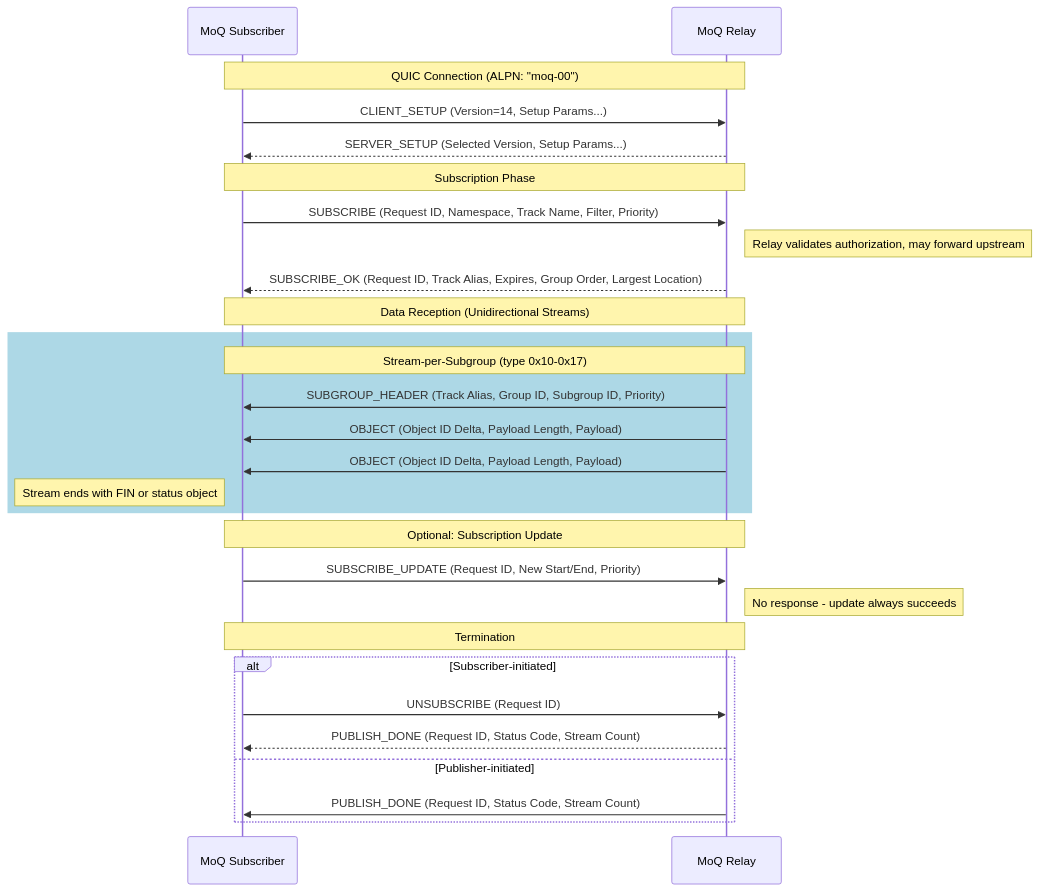
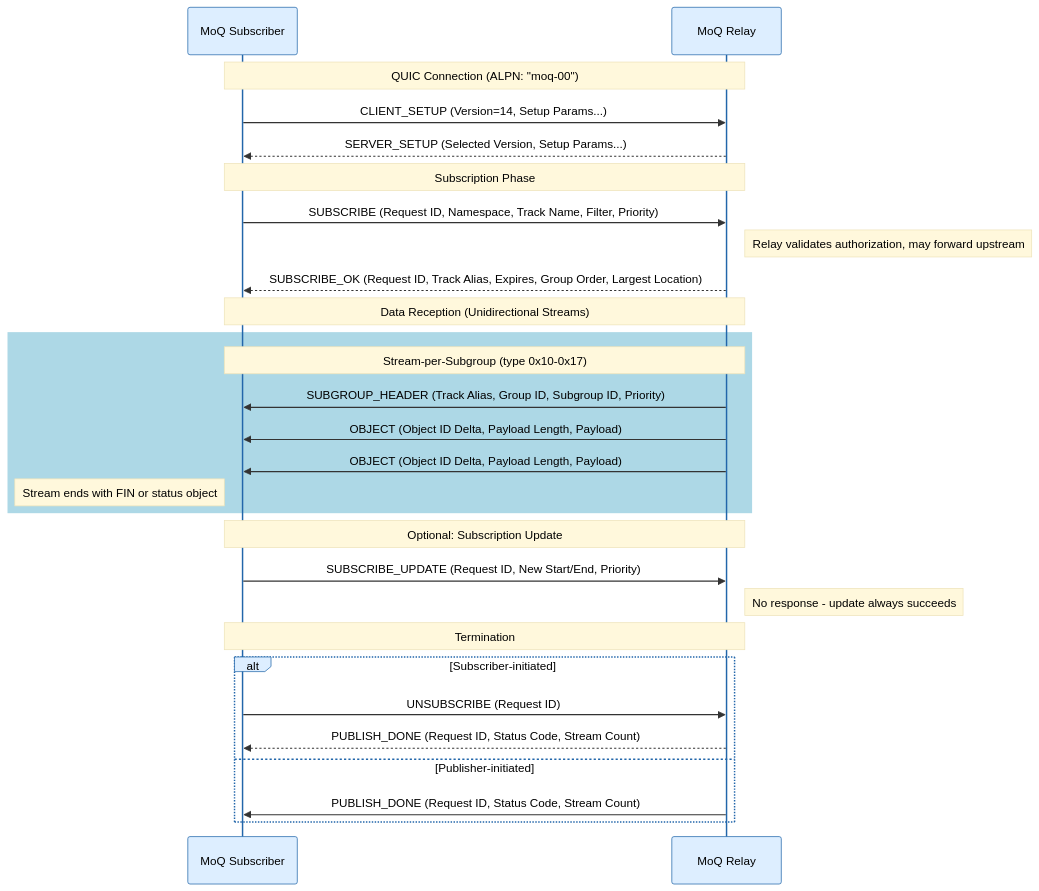
Before and after one commit to mondain/moq-flutter: the diagram in docs/SubscribeSequence.md, drawn with Mermaid. The commit also changed 1 other file, not shown here.

Commit message:
Add mermaid theme config for high contrast sequence diagrams
Set explicit dark text colors on light backgrounds for all diagram
elements including actors, notes, signals, and lines.

````diff
--- a/docs/SubscribeSequence.md
+++ b/docs/SubscribeSequence.md
@@ -5,35 +5,36 @@
 ```mermaid
+%%{init: {'theme': 'base', 'themeVariables': { 'primaryColor': '#e8f4fc', 'primaryTextColor': '#000000', 'primaryBorderColor': '#2266aa', 'lineColor': '#333333', 'secondaryColor': '#f0f0f0', 'tertiaryColor': '#ffffff', 'noteBkgColor': '#fff8dc', 'noteTextColor': '#000000', 'actorTextColor': '#000000', 'actorBkg': '#ddeeff', 'actorBorder': '#2266aa', 'signalColor': '#333333', 'signalTextColor': '#000000'}}}%%
 sequenceDiagram
     participant Sub as MoQ Subscriber
     participant Relay as MoQ Relay
 
     Note over Sub, Relay: QUIC Connection (ALPN: "moq-00")
     Sub->>Relay: CLIENT_SETUP (Version=14, Setup Params...)
     Relay-->>Sub: SERVER_SETUP (Selected Version, Setup Params...)
 
     Note over Sub, Relay: Subscription Phase
     Sub->>Relay: SUBSCRIBE (Request ID, Namespace, Track Name, Filter, Priority)
     Note right of Relay: Relay validates authorization, may forward upstream
     Relay-->>Sub: SUBSCRIBE_OK (Request ID, Track Alias, Expires, Group Order, Largest Location)
 
     Note over Sub, Relay: Data Reception (Unidirectional Streams)
     rect rgb(173, 216, 230)
     Note over Sub, Relay: Stream-per-Subgroup (type 0x10-0x17)
     Relay->>Sub: SUBGROUP_HEADER (Track Alias, Group ID, Subgroup ID, Priority)
     Relay->>Sub: OBJECT (Object ID Delta, Payload Length, Payload)
     Relay->>Sub: OBJECT (Object ID Delta, Payload Length, Payload)
     Note left of Sub: Stream ends with FIN or status object
     end
 
     Note over Sub, Relay: Optional: Subscription Update
     Sub->>Relay: SUBSCRIBE_UPDATE (Request ID, New Start/End, Priority)
     Note right of Relay: No response - update always succeeds
 
     Note over Sub, Relay: Termination
     alt Subscriber-initiated
         Sub->>Relay: UNSUBSCRIBE (Request ID)
         Relay-->>Sub: PUBLISH_DONE (Request ID, Status Code, Stream Count)
     else Publisher-initiated
         Relay->>Sub: PUBLISH_DONE (Request ID, Status Code, Stream Count)
     end
 ```
````
